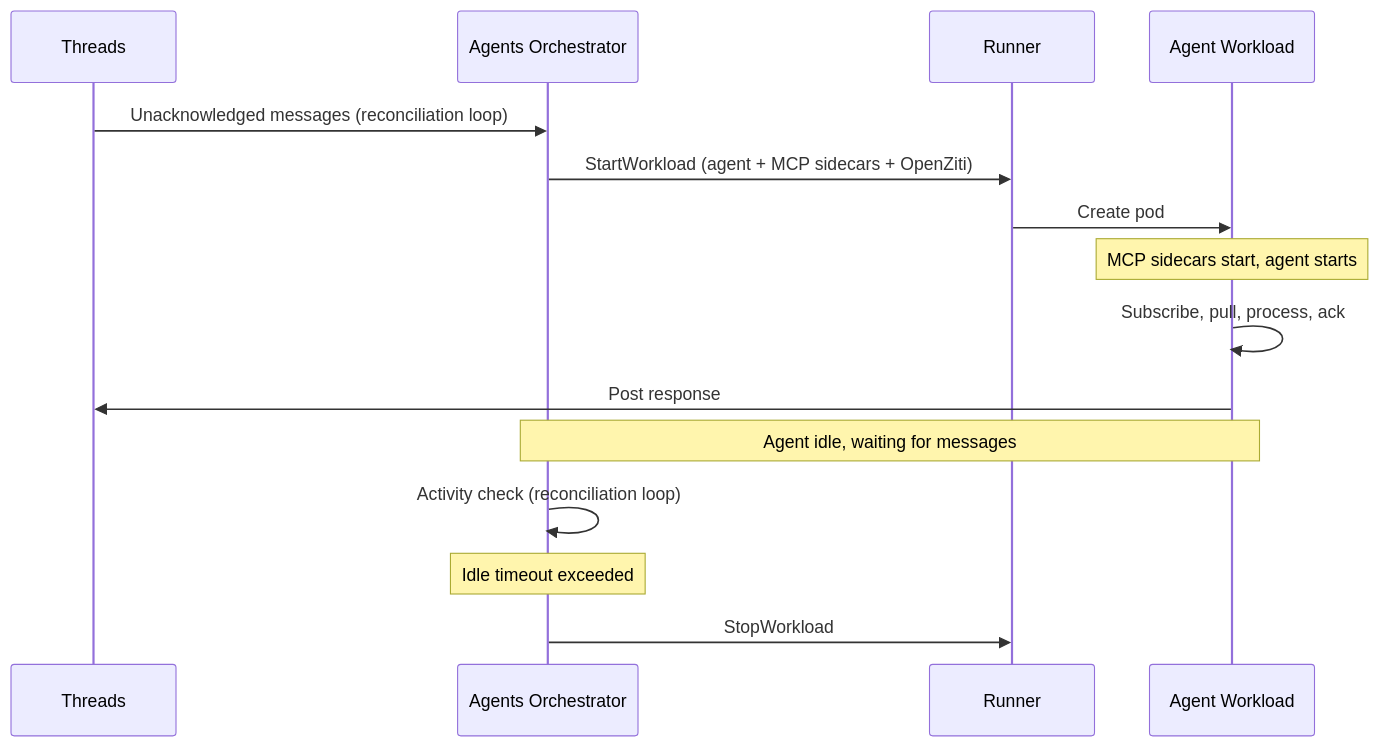
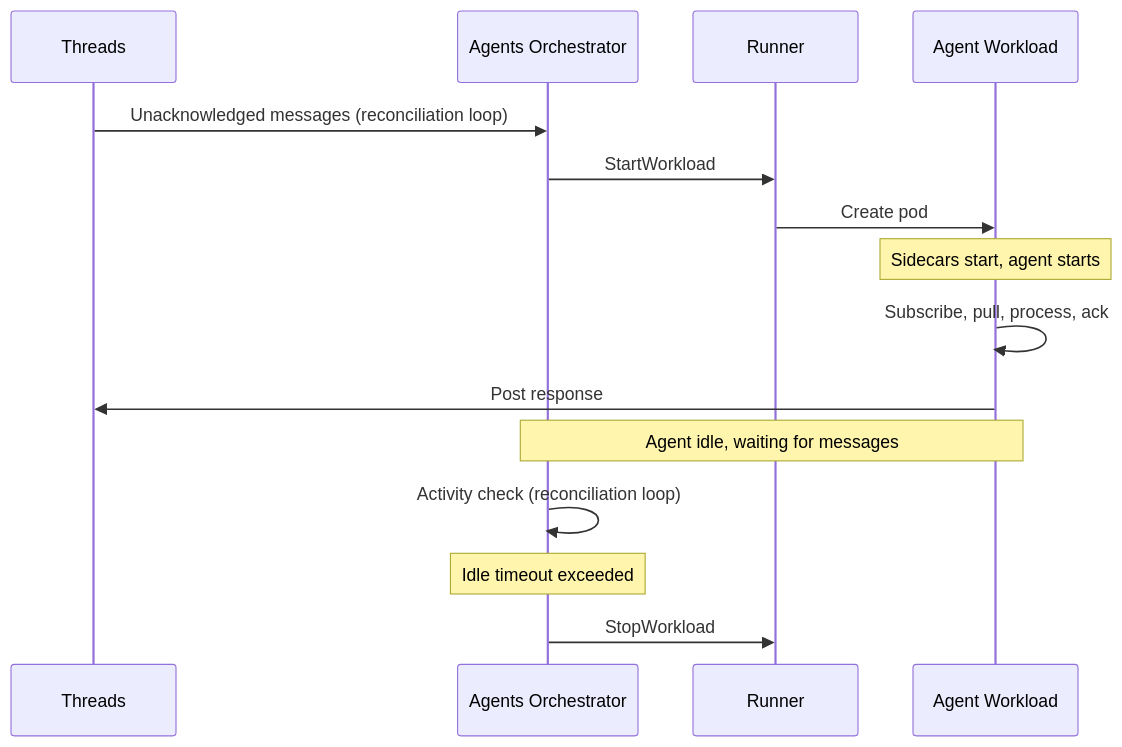
One commit to agynio/architecture changed the fourth of 4 diagrams in architecture/agent/overview.md. Above: the diagram before and after it, drawn with Mermaid. The commit also changed other lines of this file and 8 other files, not shown here.

````diff
--- a/architecture/agent/overview.md
+++ b/architecture/agent/overview.md
@@ -151,19 +149,19 @@
 ```mermaid
 sequenceDiagram
     participant T as Threads
     participant O as Agents Orchestrator
     participant R as Runner
     participant A as Agent Workload
 
     T->>O: Unacknowledged messages (reconciliation loop)
-    O->>R: StartWorkload (agent + MCP sidecars + OpenZiti)
+    O->>R: StartWorkload
     R->>A: Create pod
-    Note over A: MCP sidecars start, agent starts
+    Note over A: Sidecars start, agent starts
     A->>A: Subscribe, pull, process, ack
     A->>T: Post response
 
     Note over A,O: Agent idle, waiting for messages
     O->>O: Activity check (reconciliation loop)
     Note over O: Idle timeout exceeded
     O->>R: StopWorkload
 ```
````
